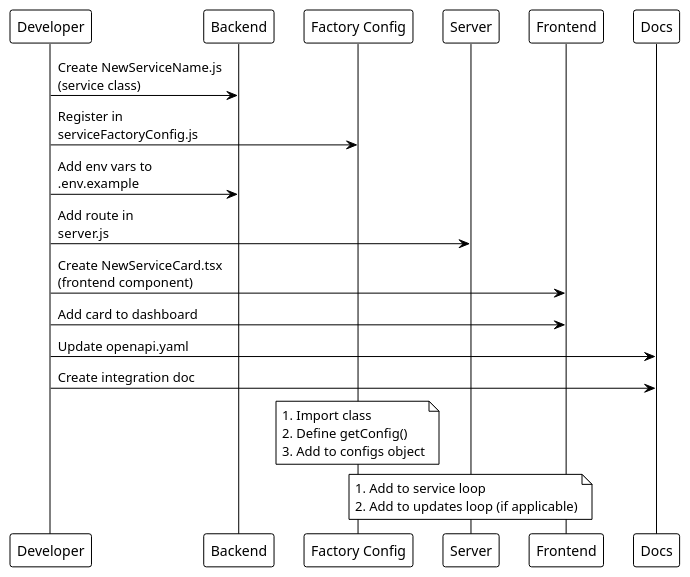
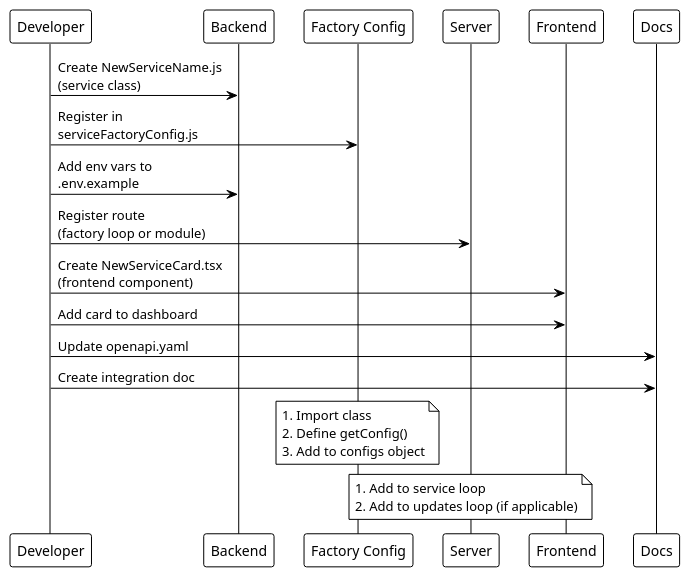
Before and after one commit to EraPartner/Watchman: the first of 3 diagrams in docs/guides/adding-services.md, drawn with PlantUML. The commit also changed other lines of this file and 33 other files, not shown here.

````diff
--- a/docs/guides/adding-services.md
+++ b/docs/guides/adding-services.md
@@ -215,32 +217,32 @@
 ```plantuml
 @startuml
 !theme plain
 
 participant "Developer" as Dev
 participant "Backend" as BE
 participant "Factory Config" as Factory
 participant "Server" as Server
 participant "Frontend" as FE
 participant "Docs" as Docs
 
 Dev -> BE : Create NewServiceName.js\n(service class)
 Dev -> Factory : Register in\nserviceFactoryConfig.js
 Dev -> BE : Add env vars to\n.env.example
-Dev -> Server : Add route in\nserver.js
+Dev -> Server : Register route\n(factory loop or module)
 Dev -> FE : Create NewServiceCard.tsx\n(frontend component)
 Dev -> FE : Add card to dashboard
 Dev -> Docs : Update openapi.yaml
 Dev -> Docs : Create integration doc
 
 note over Factory
   1. Import class
   2. Define getConfig()
   3. Add to configs object
 end note
 
 note over Server
   1. Add to service loop
   2. Add to updates loop (if applicable)
 end note
 @enduml
 ```
````
